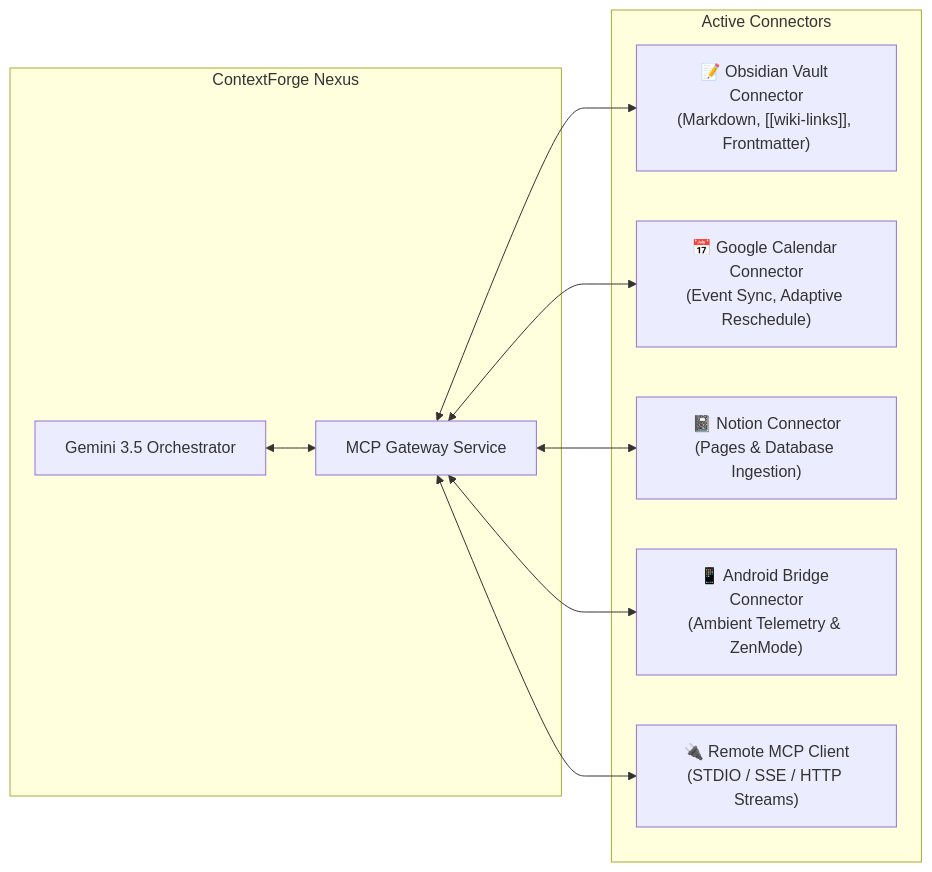
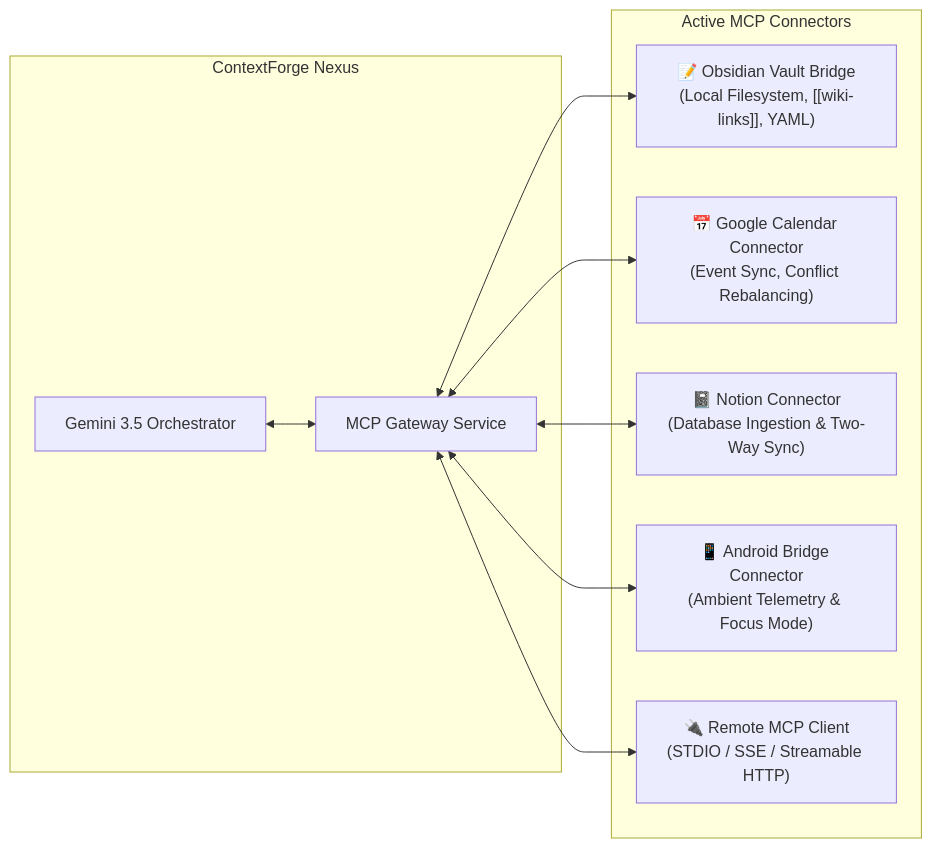
The third of 3 diagrams in README.md (hasibashari/contextforge), drawn with Mermaid before and after one commit. The commit also changed other lines of this file and 5 other files, not shown here.

````diff
--- a/README.md
+++ b/README.md
@@ -420,22 +468,22 @@
 ```mermaid
 graph LR
     subgraph ContextForge ["ContextForge Nexus"]
         Gateway["MCP Gateway Service"]
         Agent["Gemini 3.5 Orchestrator"]
     end
 
-    subgraph Connectors ["Active Connectors"]
-        Obsidian["📝 Obsidian Vault Connector<br/>(Markdown, [[wiki-links]], Frontmatter)"]
-        GCal["📅 Google Calendar Connector<br/>(Event Sync, Adaptive Reschedule)"]
-        Notion["📓 Notion Connector<br/>(Pages & Database Ingestion)"]
-        Android["📱 Android Bridge Connector<br/>(Ambient Telemetry & ZenMode)"]
-        Generic["🔌 Remote MCP Client<br/>(STDIO / SSE / HTTP Streams)"]
+    subgraph Connectors ["Active MCP Connectors"]
+        Obsidian["📝 Obsidian Vault Bridge<br/>(Local Filesystem, [[wiki-links]], YAML)"]
+        GCal["📅 Google Calendar Connector<br/>(Event Sync, Conflict Rebalancing)"]
+        Notion["📓 Notion Connector<br/>(Database Ingestion & Two-Way Sync)"]
+        Android["📱 Android Bridge Connector<br/>(Ambient Telemetry & Focus Mode)"]
+        Generic["🔌 Remote MCP Client<br/>(STDIO / SSE / Streamable HTTP)"]
     end
 
     Agent <--> Gateway
     Gateway <--> Obsidian
     Gateway <--> GCal
     Gateway <--> Notion
     Gateway <--> Android
     Gateway <--> Generic
 ```
````
